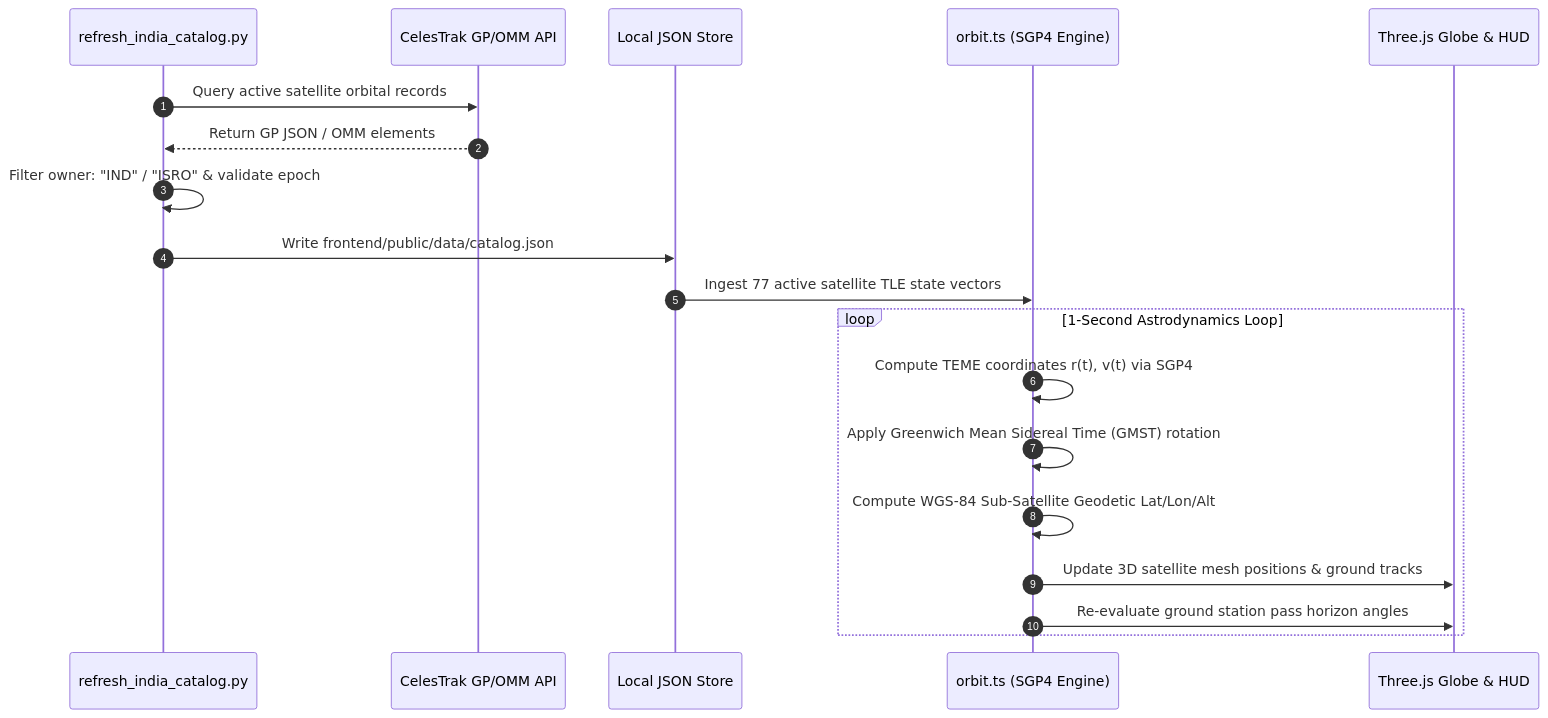
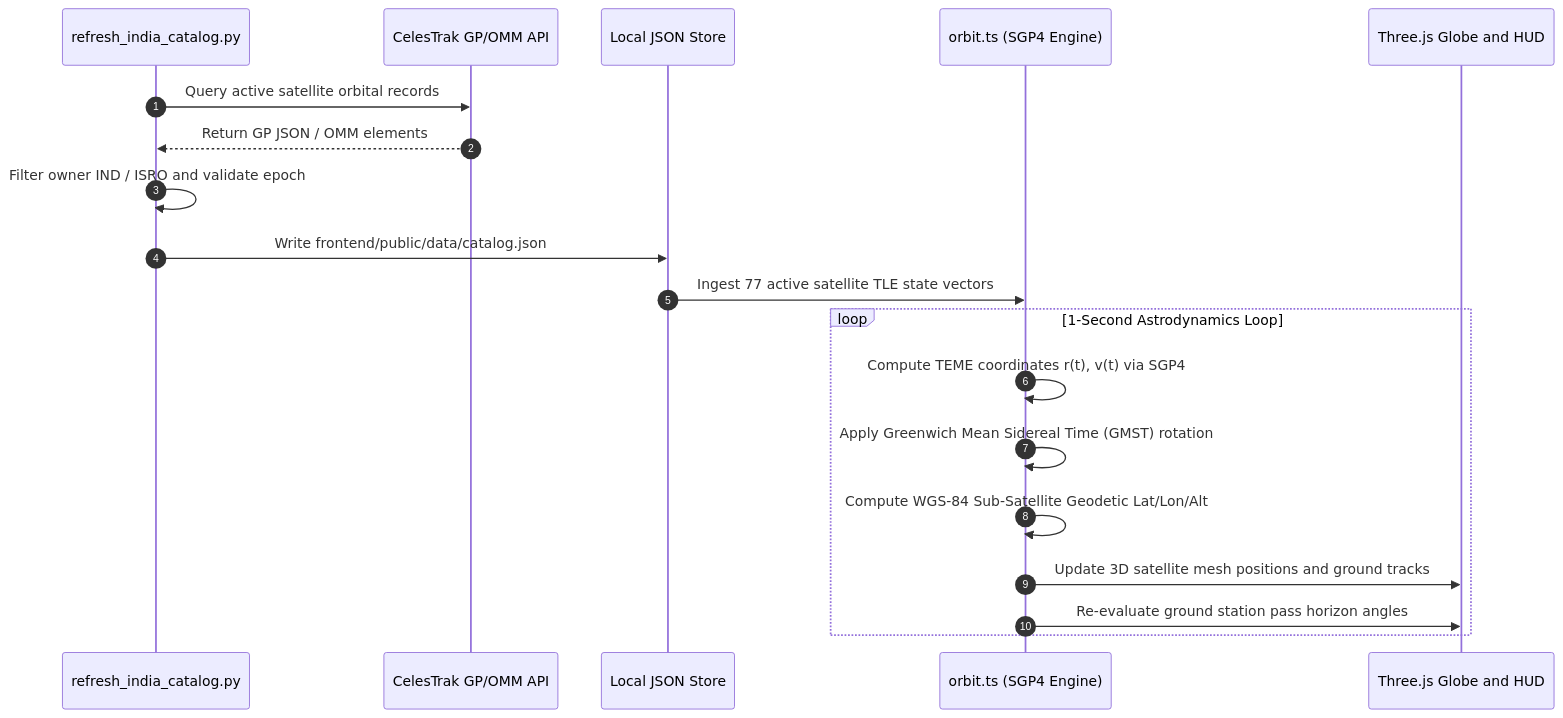
Before and after one commit to Hitesh070/ISRO-Orbit-Watch: the second of 2 diagrams in README.md, drawn with Mermaid. The commit also changed other lines of this file, not shown here.

Commit message:
docs(readme): fix display math block formatting and sequence diagram syntax

````diff
--- a/README.md
+++ b/README.md
@@ -291,22 +312,22 @@
 ```mermaid
 sequenceDiagram
     autonumber
     participant Pipeline as refresh_india_catalog.py
     participant CelesTrak as CelesTrak GP/OMM API
     participant Cache as Local JSON Store
     participant SGP4 as orbit.ts (SGP4 Engine)
-    participant Scene as Three.js Globe & HUD
+    participant Scene as Three.js Globe and HUD
 
     Pipeline->>CelesTrak: Query active satellite orbital records
     CelesTrak-->>Pipeline: Return GP JSON / OMM elements
-    Pipeline->>Pipeline: Filter owner: "IND" / "ISRO" & validate epoch
+    Pipeline->>Pipeline: Filter owner IND / ISRO and validate epoch
     Pipeline->>Cache: Write frontend/public/data/catalog.json
     Cache->>SGP4: Ingest 77 active satellite TLE state vectors
     loop 1-Second Astrodynamics Loop
         SGP4->>SGP4: Compute TEME coordinates r(t), v(t) via SGP4
         SGP4->>SGP4: Apply Greenwich Mean Sidereal Time (GMST) rotation
         SGP4->>SGP4: Compute WGS-84 Sub-Satellite Geodetic Lat/Lon/Alt
-        SGP4->>Scene: Update 3D satellite mesh positions & ground tracks
+        SGP4->>Scene: Update 3D satellite mesh positions and ground tracks
         SGP4->>Scene: Re-evaluate ground station pass horizon angles
     end
 ```
````
